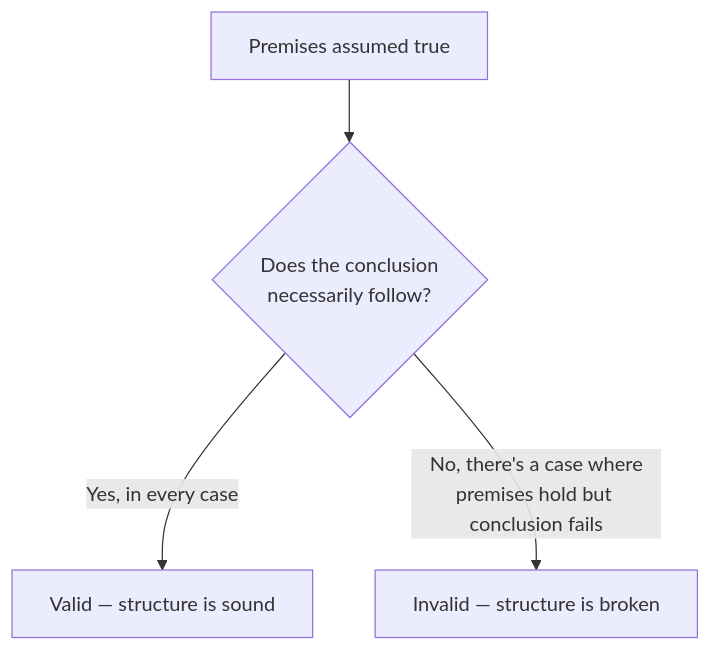
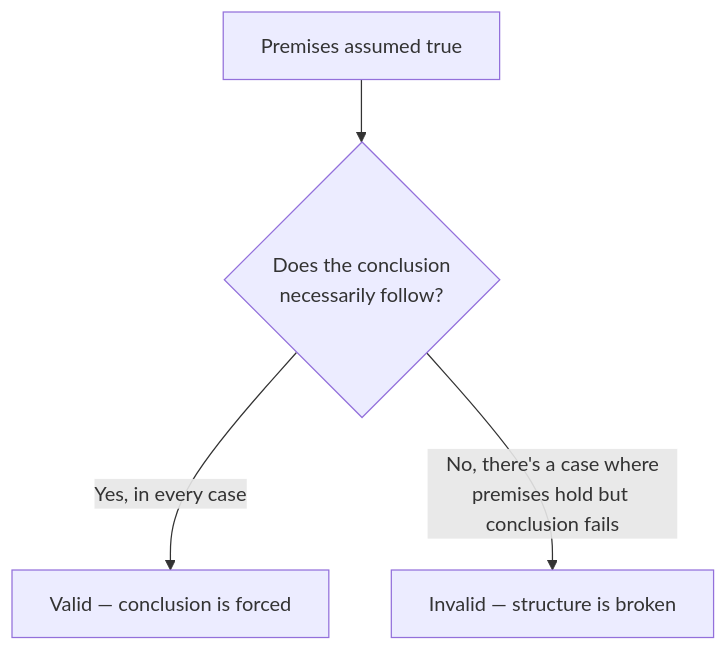
One commit to francoandreDev/knowledge changed the first of 2 diagrams in src/content/logic/formal-informal-logic/L2-concept.md. Above: the diagram before and after it, drawn with Mermaid. The commit also changed other lines of this file and 282 other files, not shown here.

````diff
--- a/src/content/logic/formal-informal-logic/L2-concept.md
+++ b/src/content/logic/formal-informal-logic/L2-concept.md
@@ -9,6 +9,6 @@
 ```mermaid
 flowchart TD
     P["Premises assumed true"] --> S{"Does the conclusion\nnecessarily follow?"}
-    S -- "Yes, in every case" --> V["Valid — structure is sound"]
+    S -- "Yes, in every case" --> V["Valid — conclusion is forced"]
     S -- "No, there's a case where\npremises hold but conclusion fails" --> I["Invalid — structure is broken"]
 ```
````
